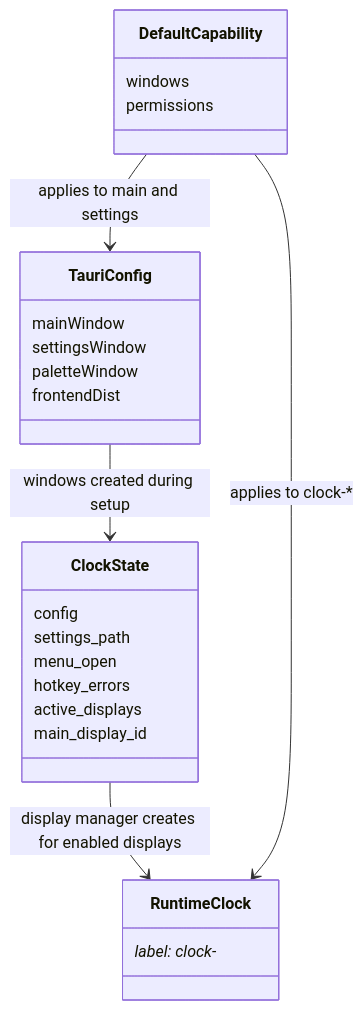
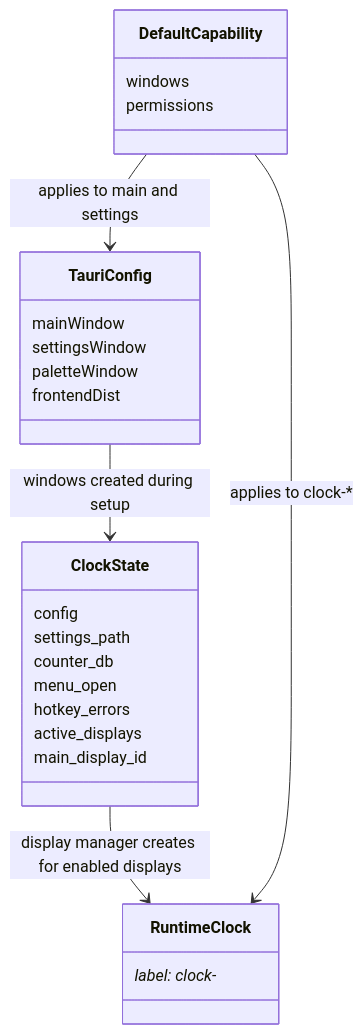
Before and after one commit to tbkmax/TopClock: the first of 2 diagrams in src-tauri/doc/workflow_diagram.md, drawn with Mermaid. The commit also changed other lines of this file and 55 other files, not shown here.

````diff
--- a/src-tauri/doc/workflow_diagram.md
+++ b/src-tauri/doc/workflow_diagram.md
@@ -7,28 +11,29 @@
 ```mermaid
 classDiagram
     class TauriConfig {
       mainWindow
       settingsWindow
       paletteWindow
       frontendDist
     }
     class ClockState {
       config
       settings_path
+      counter_db
       menu_open
       hotkey_errors
       active_displays
       main_display_id
     }
     class DefaultCapability {
       windows
       permissions
     }
     class RuntimeClock {
       label: clock-*
     }
     TauriConfig --> ClockState : windows created during setup
     ClockState --> RuntimeClock : display manager creates for enabled displays
     DefaultCapability --> TauriConfig : applies to main and settings
     DefaultCapability --> RuntimeClock : applies to clock-*
 ```
````
